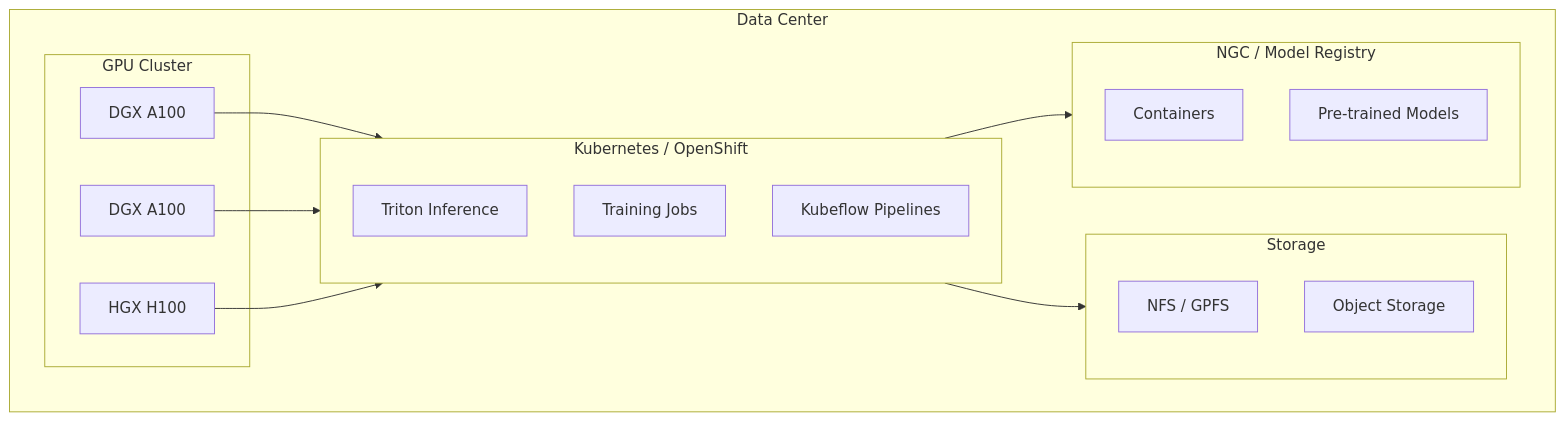
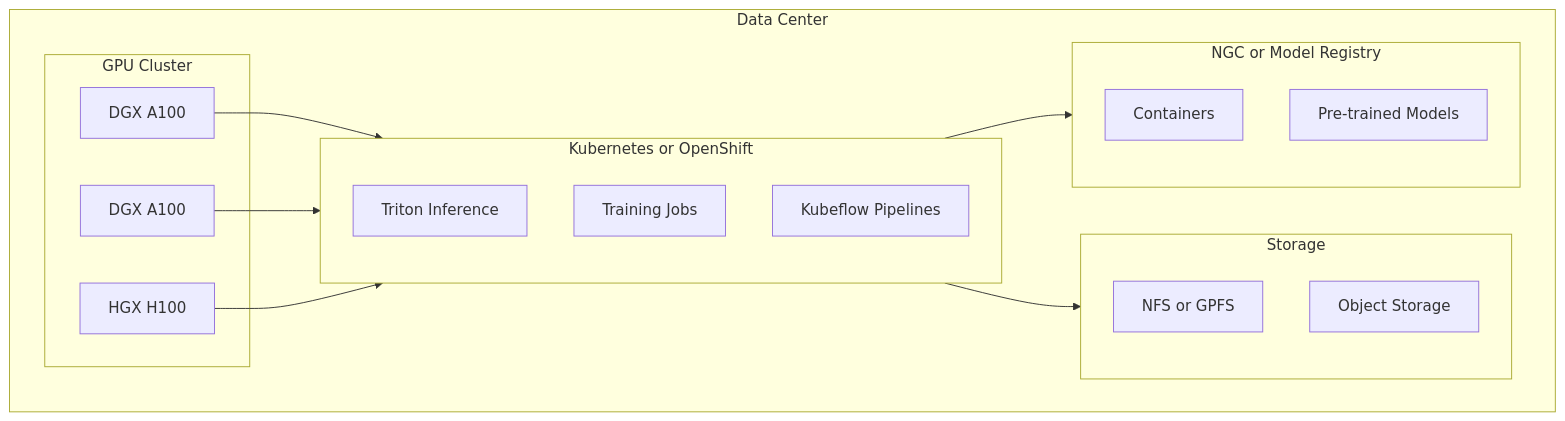
Before and after one commit to rmehta2974/LLM_mlops: the first of 4 diagrams in 03-mlops-pipelines/02-nvidia-onprem.md, drawn with Mermaid.

````diff
--- a/03-mlops-pipelines/02-nvidia-onprem.md
+++ b/03-mlops-pipelines/02-nvidia-onprem.md
@@ -18,32 +18,32 @@
 ```mermaid
 flowchart TB
     subgraph DC["Data Center"]
         subgraph GPU["GPU Cluster"]
             DGX1[DGX A100]
             DGX2[DGX A100]
             HGX[HGX H100]
         end
 
-        subgraph K8s["Kubernetes / OpenShift"]
+        subgraph K8s["Kubernetes or  OpenShift"]
             Triton[Triton Inference]
             Train[Training Jobs]
             Pipeline[Kubeflow Pipelines]
         end
 
         subgraph Storage["Storage"]
-            NFS[NFS / GPFS]
+            NFS[NFS or GPFS]
             Object[Object Storage]
         end
 
-        subgraph NGC["NGC / Model Registry"]
+        subgraph NGC["NGC or Model Registry"]
             Containers[Containers]
             Models[Pre-trained Models]
         end
     end
 
     DGX1 --> K8s
     DGX2 --> K8s
     HGX --> K8s
     K8s --> Storage
     K8s --> NGC
 ```
````
